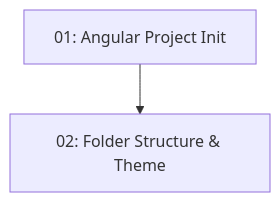
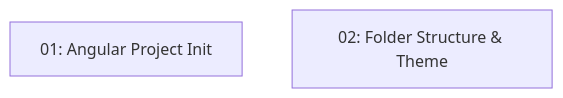
The diagram in .docs/features/story-002-frontend-scaffolding/README.md (limitzero/tablenow), drawn with Mermaid before and after one commit. The commit also changed other lines of this file and 184 other files, not shown here.

````diff
--- a/.docs/features/story-002-frontend-scaffolding/README.md
+++ b/.docs/features/story-002-frontend-scaffolding/README.md
@@ -14,6 +15,5 @@
 ```mermaid
 graph TD
-    task-01["01: Angular Project Init"]
-    task-02["02: Folder Structure & Theme"]
-    task-01 --> task-02
+    task-01-angular-project-init["01: Angular Project Init"]
+    task-02-folder-structure-theme["02: Folder Structure & Theme"]
 ```
````
